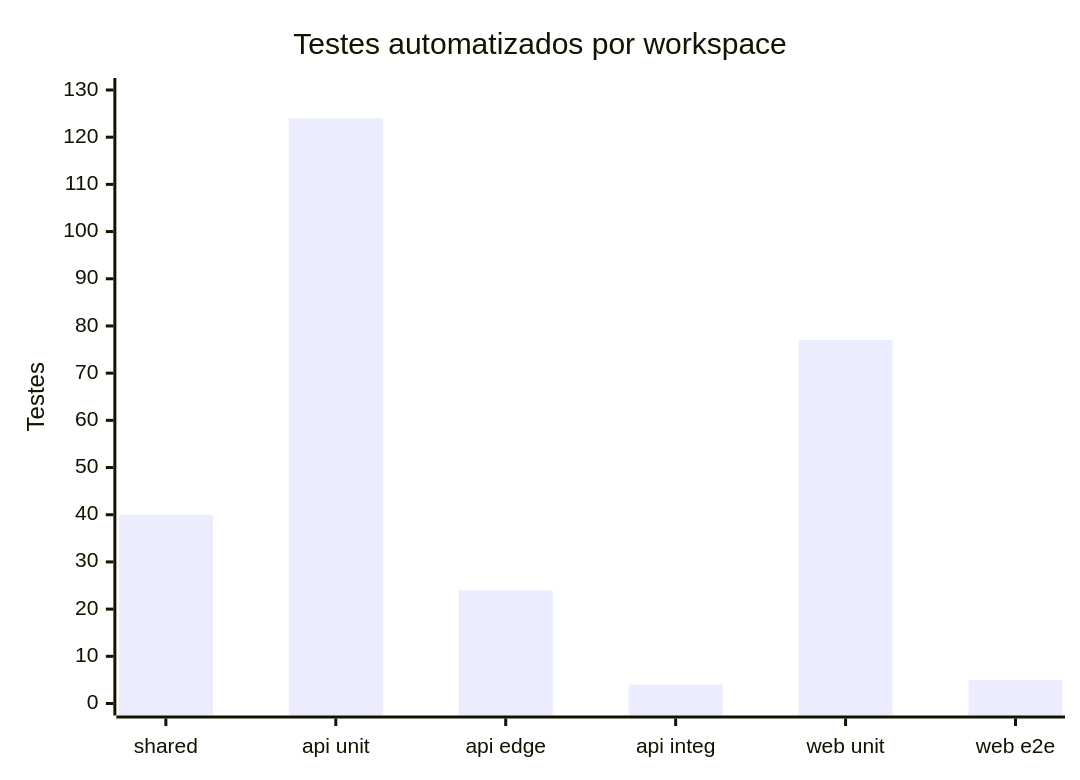
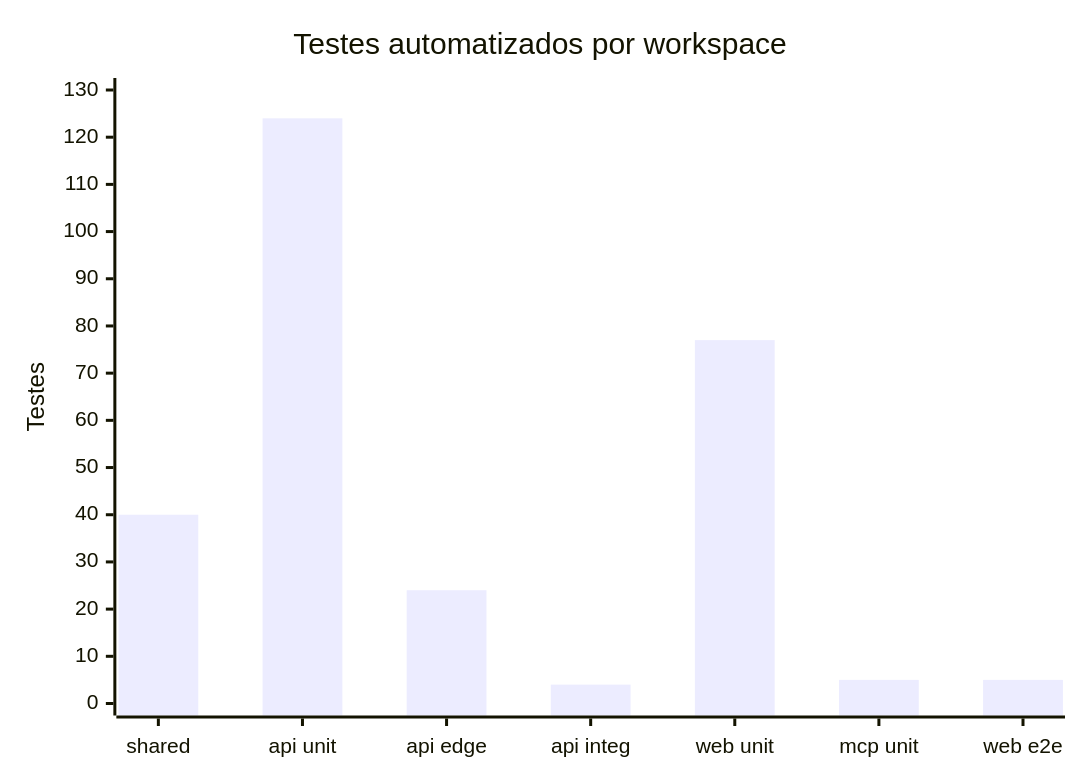
Before and after one commit to Digooow/pokedex-frontend: the ninth of 12 diagrams in README.md, drawn with Mermaid. The commit also changed other lines of this file and 62 other files, not shown here.

````diff
--- a/README.md
+++ b/README.md
@@ -564,7 +568,7 @@
 ```mermaid
 xychart-beta
   title "Testes automatizados por workspace"
-  x-axis ["shared", "api unit", "api edge", "api integ", "web unit", "web e2e"]
+  x-axis ["shared", "api unit", "api edge", "api integ", "web unit", "mcp unit", "web e2e"]
   y-axis "Testes" 0 --> 130
-  bar [40, 124, 24, 4, 77, 5]
+  bar [40, 124, 24, 4, 77, 5, 5]
 ```
````
